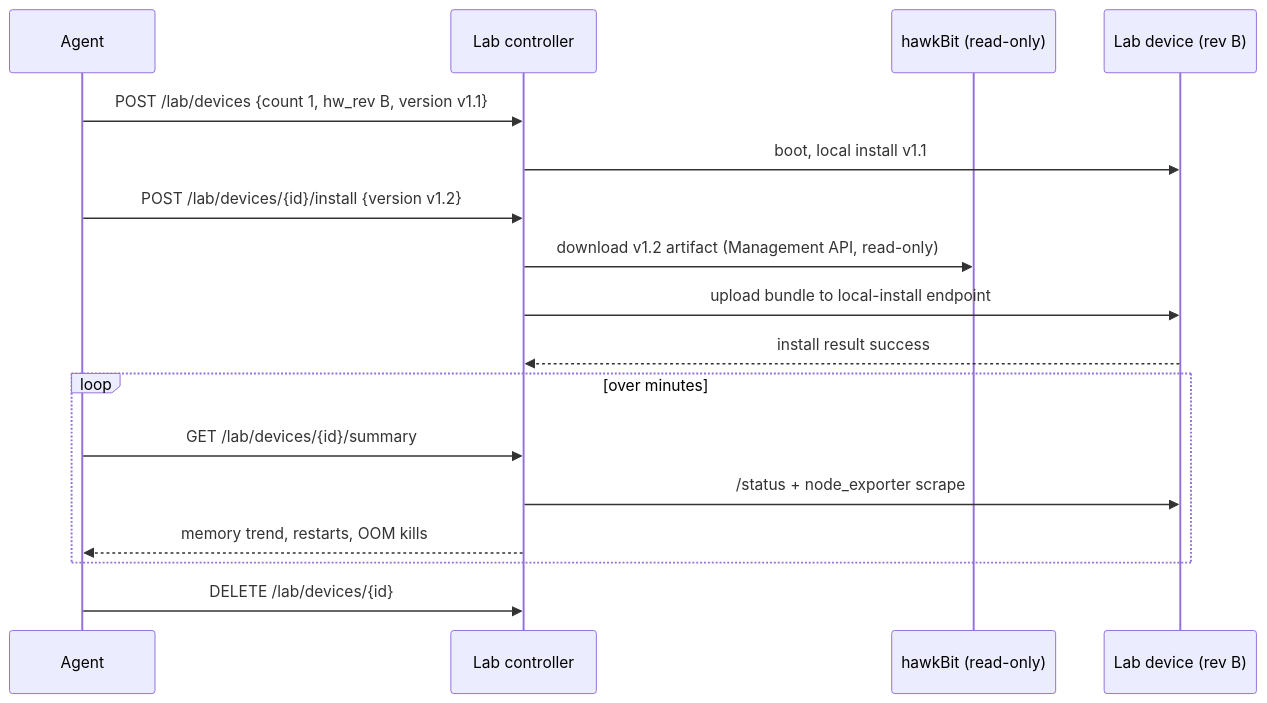
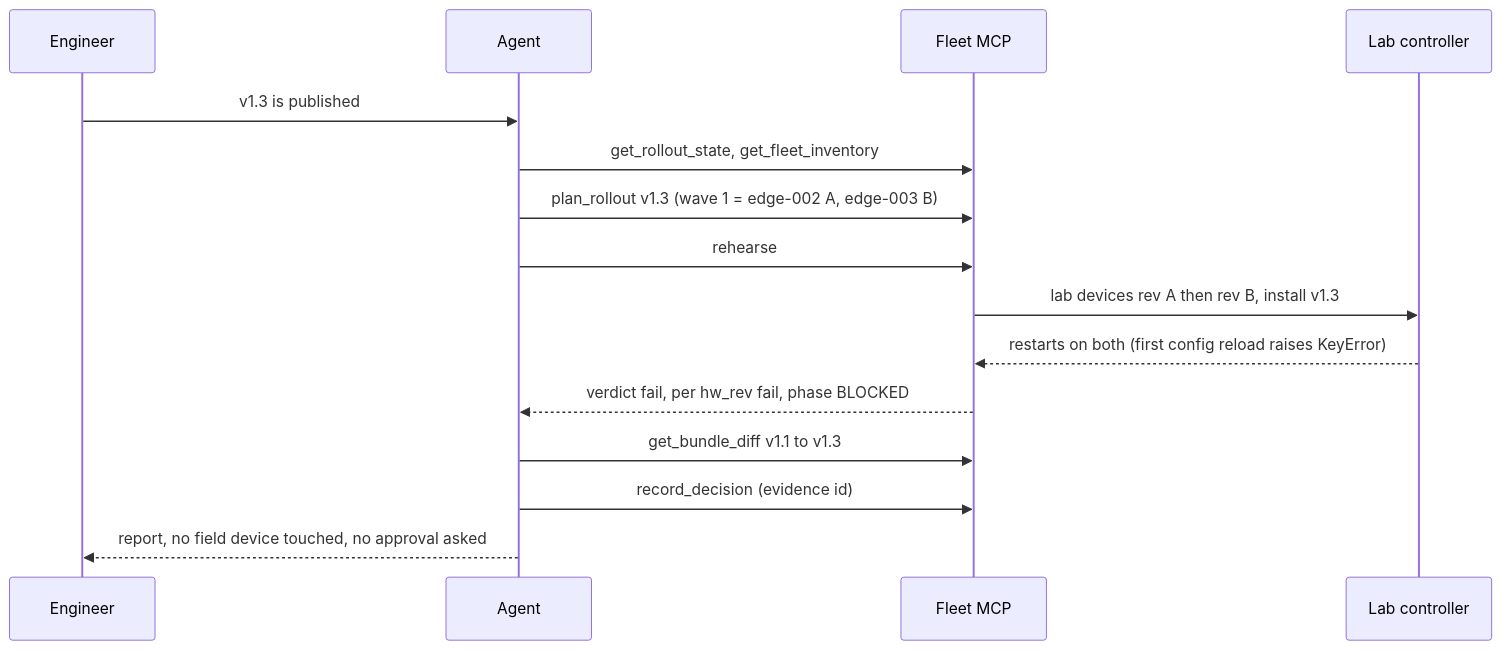
Before and after one commit to phoenixsac/wavebreak: diagram 12 of 16 in docs/architecture.md, drawn with Mermaid. The commit also changed other lines of this file and 1 other file, not shown here.

First line of the commit message:
Reconcile architecture docs with code

````diff
--- a/docs/architecture.md
+++ b/docs/architecture.md
@@ -275,20 +427,18 @@
 ```mermaid
 sequenceDiagram
-    participant Ag as Agent
+    participant Eng as Engineer
+    participant A as Agent
+    participant S as Fleet MCP
     participant LC as Lab controller
-    participant HB as hawkBit (read-only)
-    participant LD as Lab device (rev B)
 
-    Ag->>LC: POST /lab/devices {count 1, hw_rev B, version v1.1}
-    LC->>LD: boot, local install v1.1
-    Ag->>LC: POST /lab/devices/{id}/install {version v1.2}
-    LC->>HB: download v1.2 artifact (Management API, read-only)
-    LC->>LD: upload bundle to local-install endpoint
-    LD-->>LC: install result success
-    loop over minutes
-        Ag->>LC: GET /lab/devices/{id}/summary
-        LC->>LD: /status + node_exporter scrape
-        LC-->>Ag: memory trend, restarts, OOM kills
-    end
-    Ag->>LC: DELETE /lab/devices/{id}
+    Eng->>A: v1.3 is published
+    A->>S: get_rollout_state, get_fleet_inventory
+    A->>S: plan_rollout v1.3 (wave 1 = edge-002 A, edge-003 B)
+    A->>S: rehearse
+    S->>LC: lab devices rev A then rev B, install v1.3
+    LC-->>S: restarts on both (first config reload raises KeyError)
+    S-->>A: verdict fail, per hw_rev fail, phase BLOCKED
+    A->>S: get_bundle_diff v1.1 to v1.3
+    A->>S: record_decision (evidence id)
+    A-->>Eng: report, no field device touched, no approval asked
 ```
````
